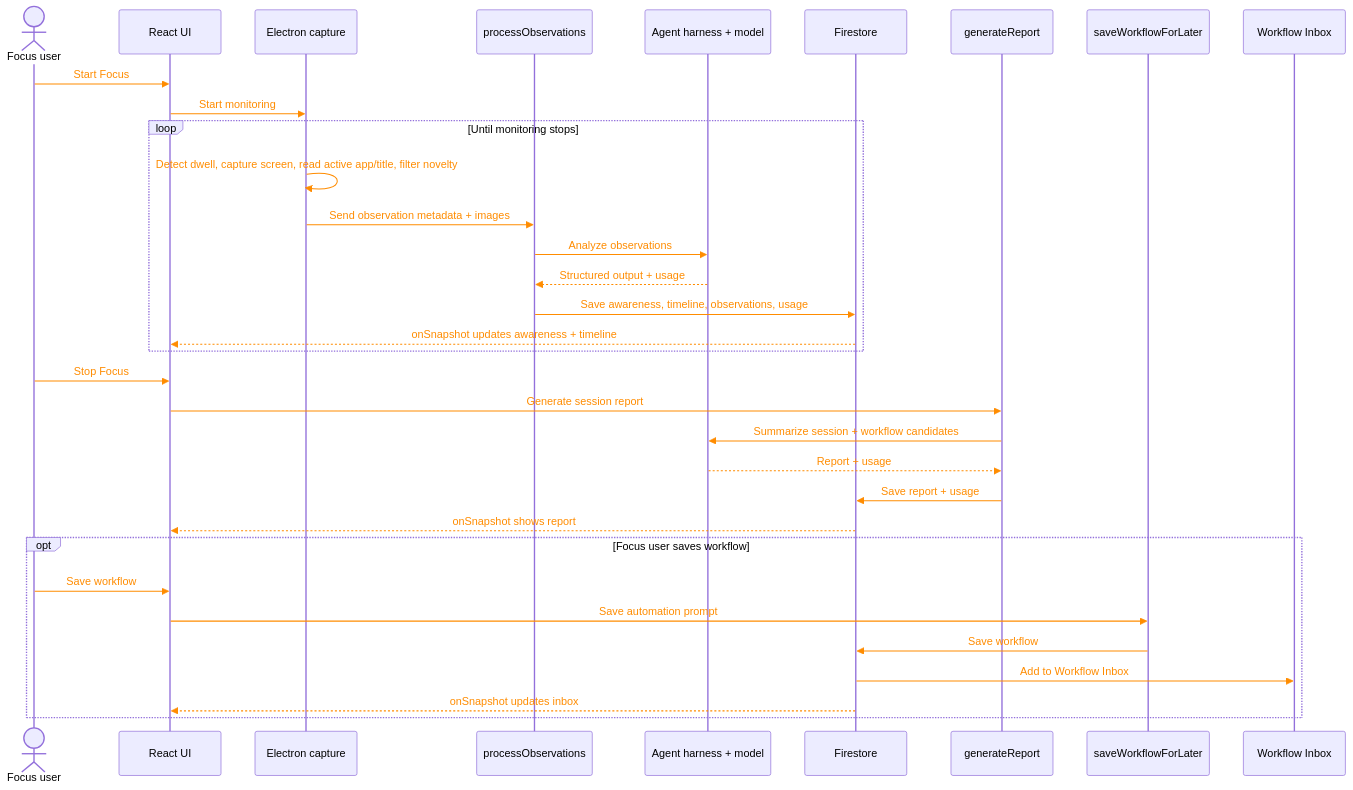
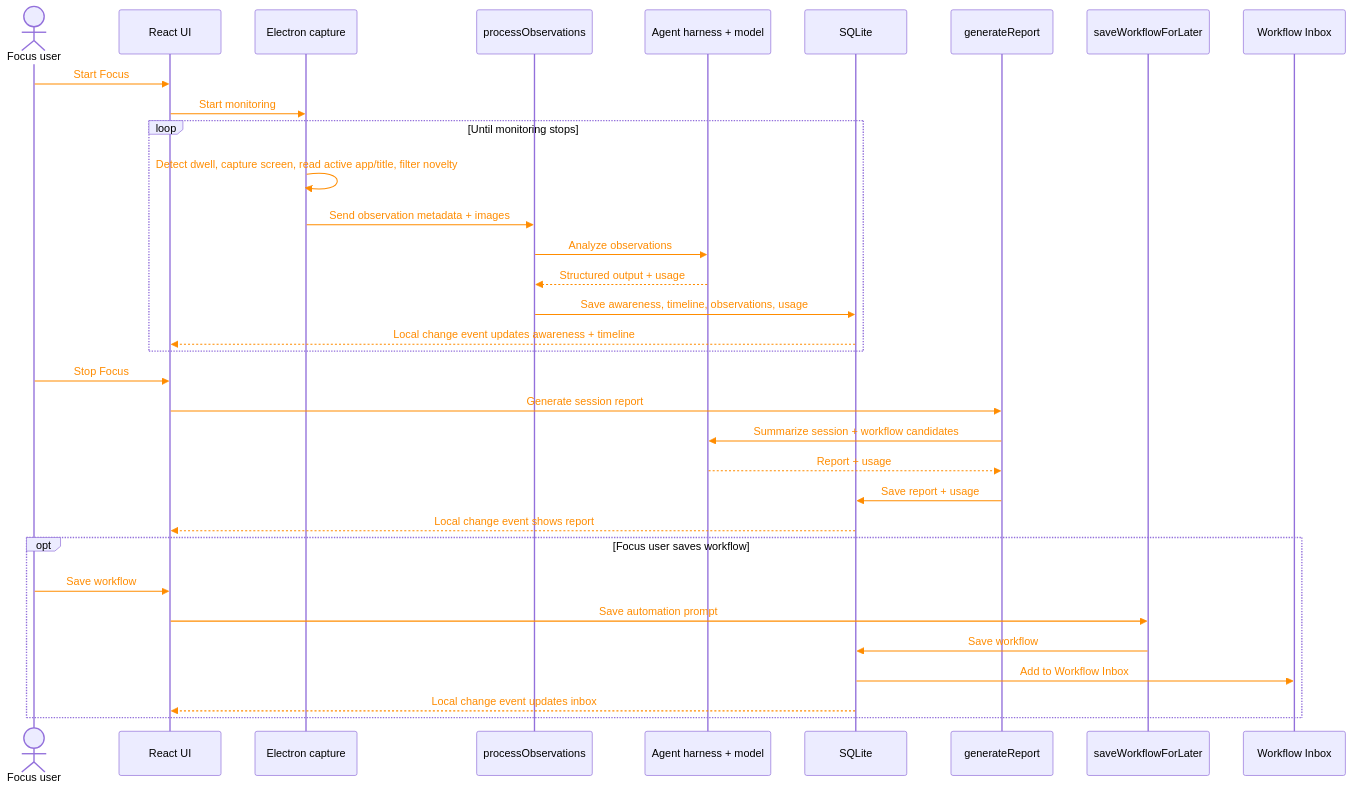
The diagram in README.md (Erik-Miller/Focus), drawn with Mermaid before and after one commit. The commit also changed other lines of this file and 87 other files, not shown here.

````diff
--- a/README.md
+++ b/README.md
@@ -134,36 +128,36 @@
 ```mermaid
 %%{init: {"themeVariables": {"signalColor": "#ff8c00", "signalTextColor": "#ff8c00"}}}%%
 sequenceDiagram
   actor FocusUser as Focus user
   participant UI as React UI
   participant Electron as Electron capture
   participant Process as processObservations
   participant Model as Agent harness + model
-  participant Firestore
+  participant SQLite
   participant Report as generateReport
   participant Save as saveWorkflowForLater
   participant Inbox as Workflow Inbox
   FocusUser->>UI: Start Focus
   UI->>Electron: Start monitoring
   loop Until monitoring stops
     Electron->>Electron: Detect dwell, capture screen, read active app/title, filter novelty
     Electron->>Process: Send observation metadata + images
     Process->>Model: Analyze observations
     Model-->>Process: Structured output + usage
-    Process->>Firestore: Save awareness, timeline, observations, usage
-    Firestore-->>UI: onSnapshot updates awareness + timeline
+    Process->>SQLite: Save awareness, timeline, observations, usage
+    SQLite-->>UI: Local change event updates awareness + timeline
   end
   FocusUser->>UI: Stop Focus
   UI->>Report: Generate session report
   Report->>Model: Summarize session + workflow candidates
   Model-->>Report: Report + usage
-  Report->>Firestore: Save report + usage
-  Firestore-->>UI: onSnapshot shows report
+  Report->>SQLite: Save report + usage
+  SQLite-->>UI: Local change event shows report
   opt Focus user saves workflow
     FocusUser->>UI: Save workflow
     UI->>Save: Save automation prompt
-    Save->>Firestore: Save workflow
-    Firestore->>Inbox: Add to Workflow Inbox
-    Firestore-->>UI: onSnapshot updates inbox
+    Save->>SQLite: Save workflow
+    SQLite->>Inbox: Add to Workflow Inbox
+    SQLite-->>UI: Local change event updates inbox
   end
 ```
````
